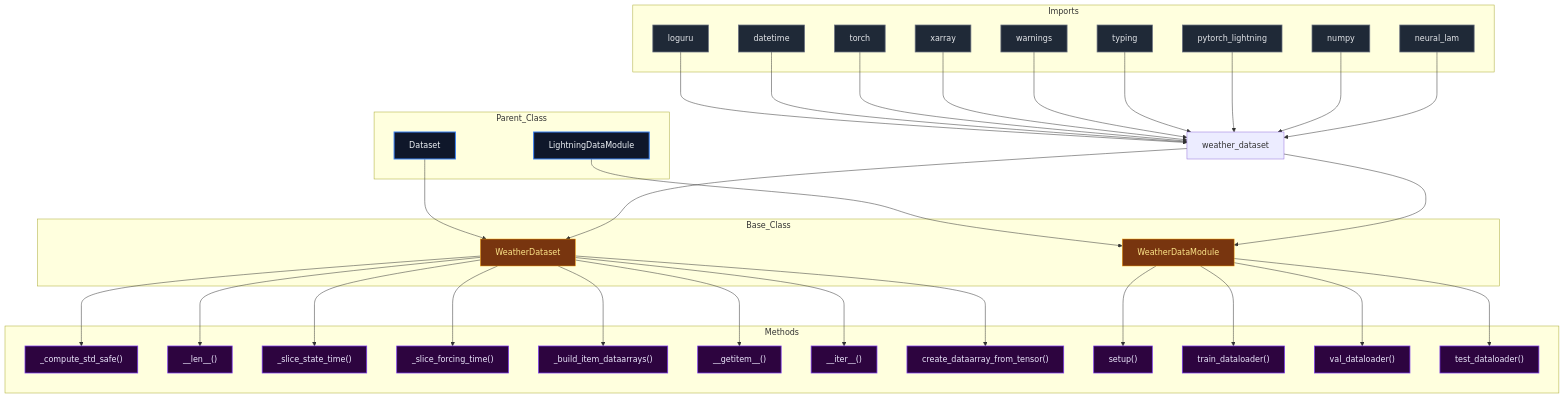
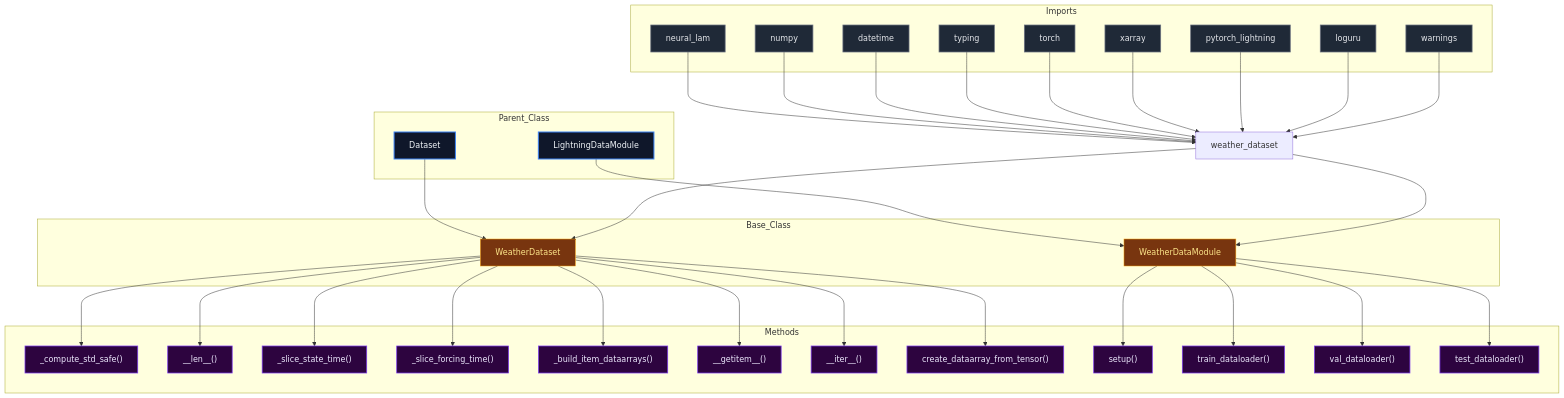
One commit to mllam/neural-lam changed the diagram in docs/diagrams/weather_dataset_diagram.md. Above: the diagram before and after it, drawn with Mermaid. The commit also changed 18 other files, not shown here.

Commit message:
Auto-update Mermaid diagrams

````diff
--- a/docs/diagrams/weather_dataset_diagram.md
+++ b/docs/diagrams/weather_dataset_diagram.md
@@ -1,82 +1,82 @@
 ```mermaid
 %%{init: {'flowchart': {'nodeSpacing': 60, 'rankSpacing': 80}}}%%
 flowchart TD
 
 module["weather_dataset"]
 
 subgraph Parent_Class
     LightningDataModule["LightningDataModule"]
     Dataset["Dataset"]
 end
 
 subgraph Base_Class
     WeatherDataset["WeatherDataset"]
     WeatherDataModule["WeatherDataModule"]
 end
 
     Dataset --> WeatherDataset
     LightningDataModule --> WeatherDataModule
 
 subgraph Imports
-    loguru["loguru"]
+    neural_lam["neural_lam"]
+    numpy["numpy"]
     datetime["datetime"]
+    typing["typing"]
     torch["torch"]
     xarray["xarray"]
+    pytorch_lightning["pytorch_lightning"]
+    loguru["loguru"]
     warnings["warnings"]
-    typing["typing"]
-    pytorch_lightning["pytorch_lightning"]
-    numpy["numpy"]
-    neural_lam["neural_lam"]
 end
 
-    loguru --> module
+    neural_lam --> module
+    numpy --> module
     datetime --> module
+    typing --> module
     torch --> module
     xarray --> module
+    pytorch_lightning --> module
+    loguru --> module
     warnings --> module
-    typing --> module
-    pytorch_lightning --> module
-    numpy --> module
-    neural_lam --> module
     module --> WeatherDataset
     module --> WeatherDataModule
 
 subgraph Methods
     WeatherDataset__compute_std_safe["_compute_std_safe()"]
     WeatherDataset___len__["__len__()"]
     WeatherDataset__slice_state_time["_slice_state_time()"]
     WeatherDataset__slice_forcing_time["_slice_forcing_time()"]
     WeatherDataset__build_item_dataarrays["_build_item_dataarrays()"]
     WeatherDataset___getitem__["__getitem__()"]
     WeatherDataset___iter__["__iter__()"]
     WeatherDataset_create_dataarray_from_tensor["create_dataarray_from_tensor()"]
     WeatherDataModule_setup["setup()"]
     WeatherDataModule_train_dataloader["train_dataloader()"]
     WeatherDataModule_val_dataloader["val_dataloader()"]
     WeatherDataModule_test_dataloader["test_dataloader()"]
 end
 
     WeatherDataset --> WeatherDataset__compute_std_safe
     WeatherDataset --> WeatherDataset___len__
     WeatherDataset --> WeatherDataset__slice_state_time
     WeatherDataset --> WeatherDataset__slice_forcing_time
     WeatherDataset --> WeatherDataset__build_item_dataarrays
     WeatherDataset --> WeatherDataset___getitem__
     WeatherDataset --> WeatherDataset___iter__
     WeatherDataset --> WeatherDataset_create_dataarray_from_tensor
     WeatherDataModule --> WeatherDataModule_setup
     WeatherDataModule --> WeatherDataModule_train_dataloader
     WeatherDataModule --> WeatherDataModule_val_dataloader
     WeatherDataModule --> WeatherDataModule_test_dataloader
 
 classDef parent fill:#0f172a,stroke:#3b82f6,stroke-width:2px,color:#f1f5f9,font-size:16px
 classDef base fill:#78350f,stroke:#f59e0b,stroke-width:1px,color:#fde68a,font-size:16px
 classDef import fill:#1f2937,stroke:#6b7280,stroke-width:1.5px,color:#e5e7eb,font-size:16px
 classDef method fill:#2d043f,stroke:#7c3aed,stroke-width:1.5px,color:#ede9fe,font-size:16px
 classDef callNode fill:#064e3b,stroke:#10b981,stroke-width:1.5px,color:#d1fae5,font-size:16px
 class LightningDataModule,Dataset parent
 class WeatherDataset,WeatherDataModule base
-class loguru,datetime,torch,xarray,warnings,typing,pytorch_lightning,numpy,neural_lam import
+class neural_lam,numpy,datetime,typing,torch,xarray,pytorch_lightning,loguru,warnings import
 class WeatherDataset__compute_std_safe,WeatherDataset___len__,WeatherDataset__slice_state_time,WeatherDataset__slice_forcing_time,WeatherDataset__build_item_dataarrays,WeatherDataset___getitem__,WeatherDataset___iter__,WeatherDataset_create_dataarray_from_tensor,WeatherDataModule_setup,WeatherDataModule_train_dataloader,WeatherDataModule_val_dataloader,WeatherDataModule_test_dataloader method
 
 ```
````
